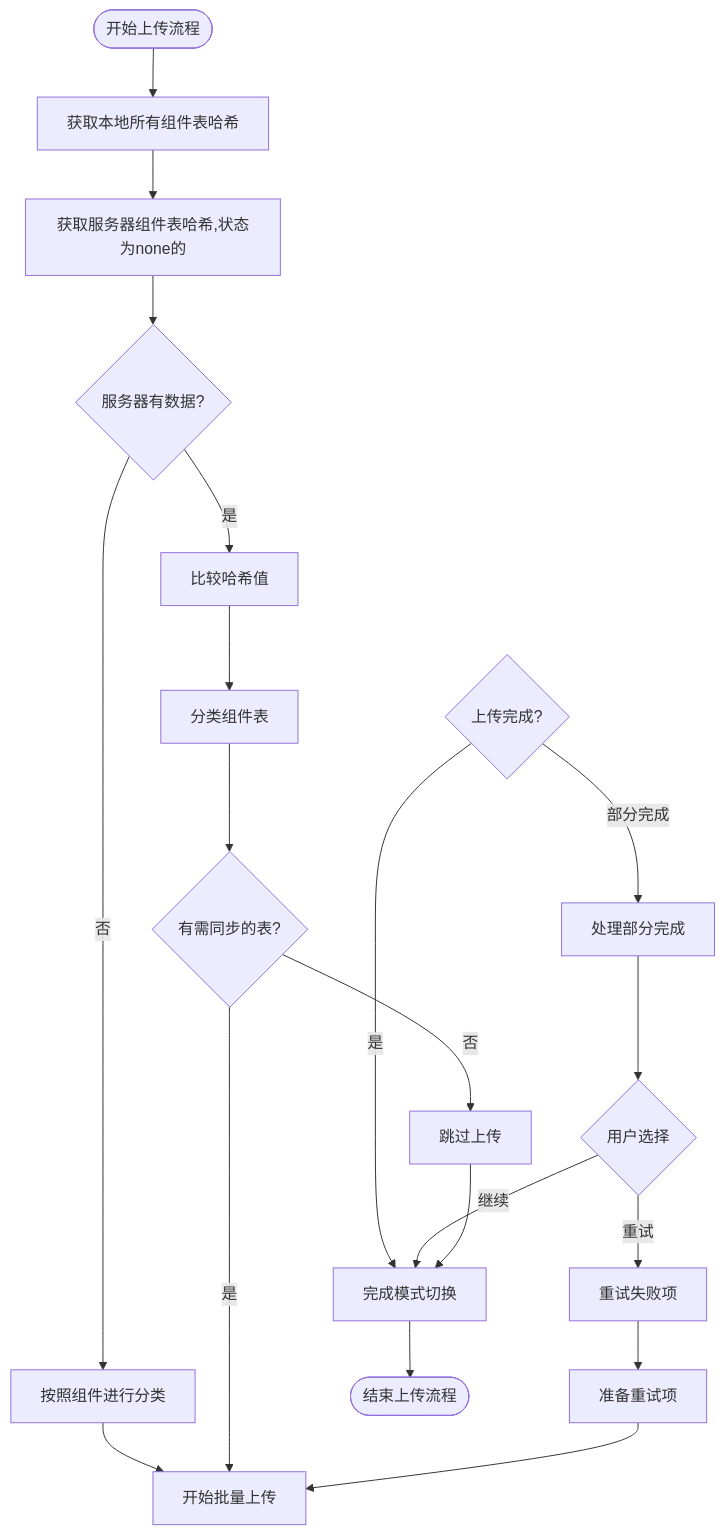
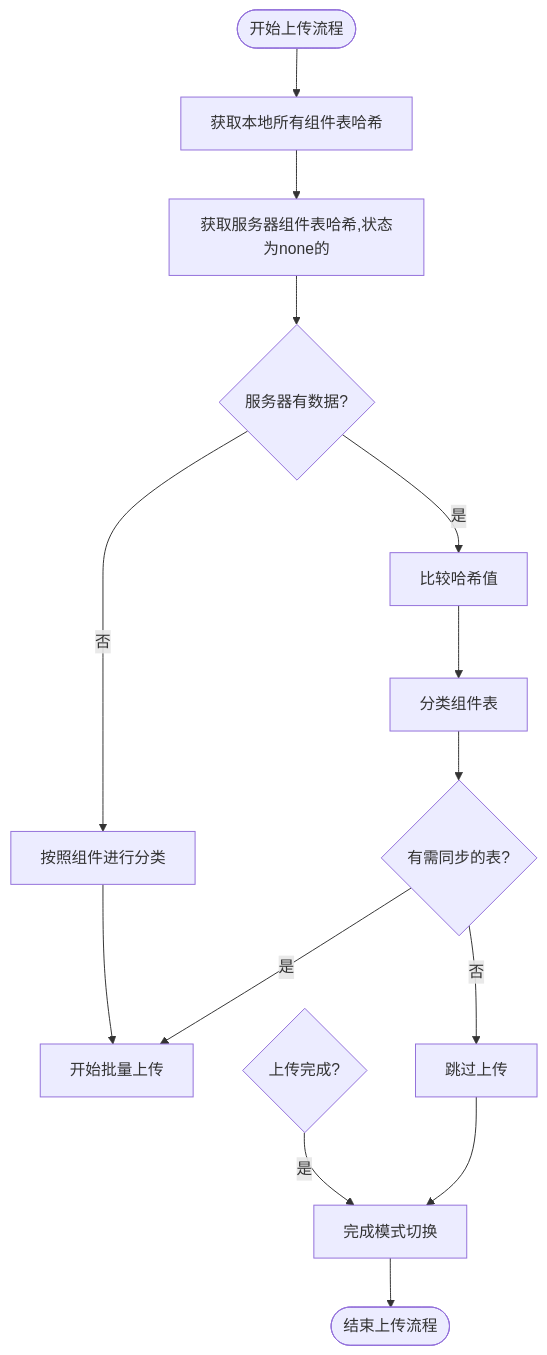
The diagram in all/未命名-50.md (yingjianzh/iodraw-files), drawn with Mermaid before and after one commit.

Commit message:
2025-05-08 17:15:06 update

````diff
--- a/all/未命名-50.md
+++ b/all/未命名-50.md
@@ -1,35 +1,29 @@
 ```mermaid
 flowchart TD
     Start([开始上传流程]) --> CollectLocalHashes[获取本地所有组件表哈希]
     CollectLocalHashes --> FetchServerHashes[获取服务器组件表哈希,状态为none的]
     
     FetchServerHashes --> ServerHasData{服务器有数据?}
     
     ServerHasData -->|是| CompareHashes[比较哈希值]
     ServerHasData -->|否| ClassifyTables2[按照组件进行分类]
     ClassifyTables2 --> StartBatching[开始批量上传]
     
     CompareHashes --> ClassifyTables[分类组件表]
     ClassifyTables --> HasChanges{有需同步的表?}
     
     HasChanges -->|否| SkipUpload[跳过上传]
     HasChanges -->|是| StartBatching
     
     
     
     
      UploadComplete{上传完成?}
     UploadComplete -->|是| FinalizeMode[完成模式切换]
-    UploadComplete -->|部分完成| HandlePartial[处理部分完成]
+  
     
-    HandlePartial --> UserChoice{用户选择}
-    UserChoice -->|重试| RetryFailed[重试失败项]
-    UserChoice -->|继续| FinalizeMode
-    
-    RetryFailed --> PrepareRetry[准备重试项]
-    PrepareRetry --> StartBatching
     
     FinalizeMode --> End([结束上传流程])
     
     SkipUpload --> FinalizeMode
 ```
````
